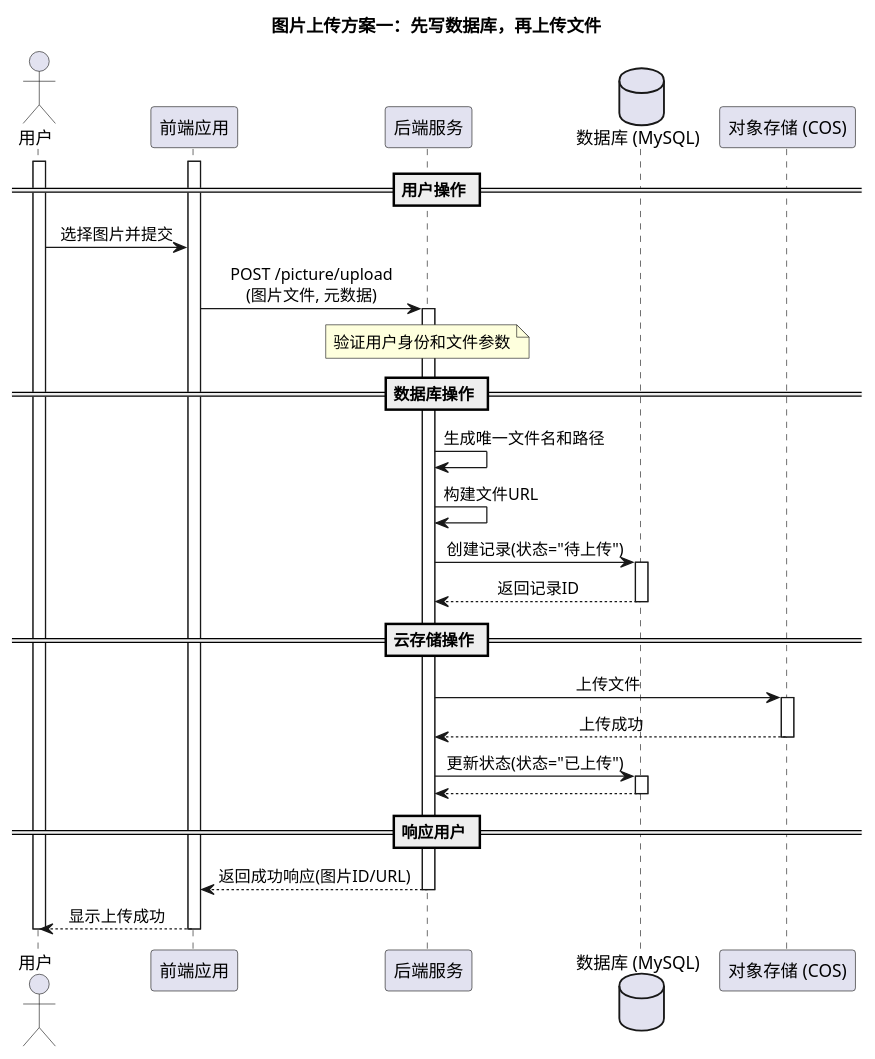
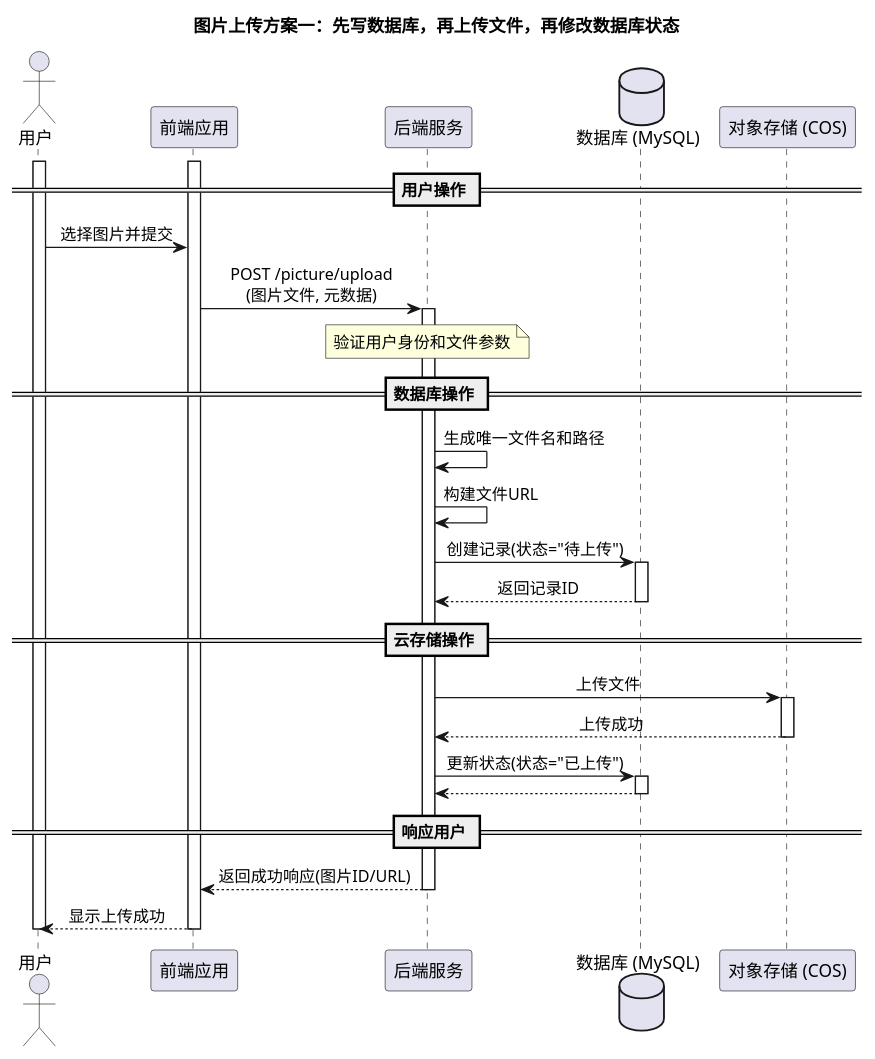
Before and after one commit to Rvioleck/3D-Lab-Data-Factory: the diagram in src/main/resources/uml/ImageUpload1.puml, drawn with PlantUML. The commit also changed 12 other files, not shown here.

First line of the commit message:
feat(system): 实现图片上传和3D重建模块的定期清理功能

```diff
--- a/src/main/resources/uml/ImageUpload1.puml
+++ b/src/main/resources/uml/ImageUpload1.puml
@@ -1,39 +1,39 @@
 @startuml
-title 图片上传方案一：先写数据库，再上传文件
+title 图片上传方案一：先写数据库，再上传文件，再修改数据库状态
 
 actor "用户" as User
 participant "前端应用" as Frontend
 participant "后端服务" as Backend
 database "数据库 (MySQL)" as DB
 participant "对象存储 (COS)" as Cloud
 
 skinparam sequenceMessageAlign center
 
 activate Frontend
 activate User
 
 == 用户操作 ==
 User -> Frontend : 选择图片并提交
 Frontend -> Backend ++ : POST /picture/upload\n(图片文件, 元数据)
 note over Backend : 验证用户身份和文件参数
 
 == 数据库操作 ==
 Backend -> Backend : 生成唯一文件名和路径
 Backend -> Backend : 构建文件URL
 Backend -> DB ++ : 创建记录(状态="待上传")
 DB --> Backend -- : 返回记录ID
 
 == 云存储操作 ==
 Backend -> Cloud ++ : 上传文件
 Cloud --> Backend -- : 上传成功
 Backend -> DB ++ : 更新状态(状态="已上传")
 DB --> Backend --
 
 == 响应用户 ==
 Backend --> Frontend -- : 返回成功响应(图片ID/URL)
 Frontend --> User : 显示上传成功
 
 deactivate User
 deactivate Frontend
 
 @enduml
```
